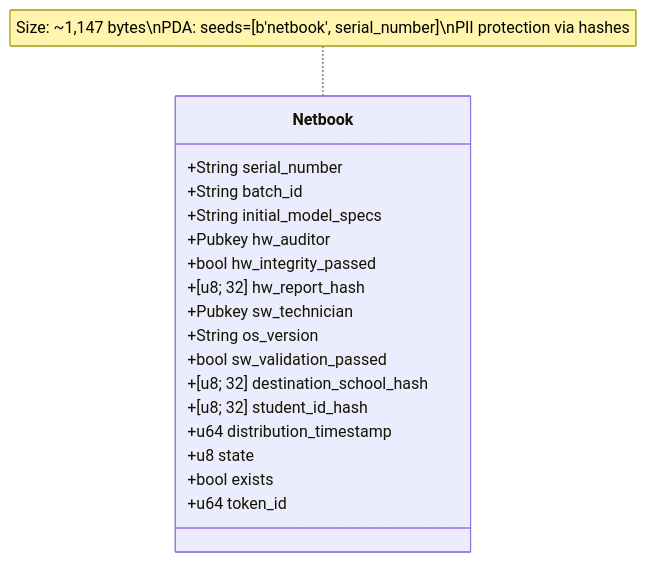
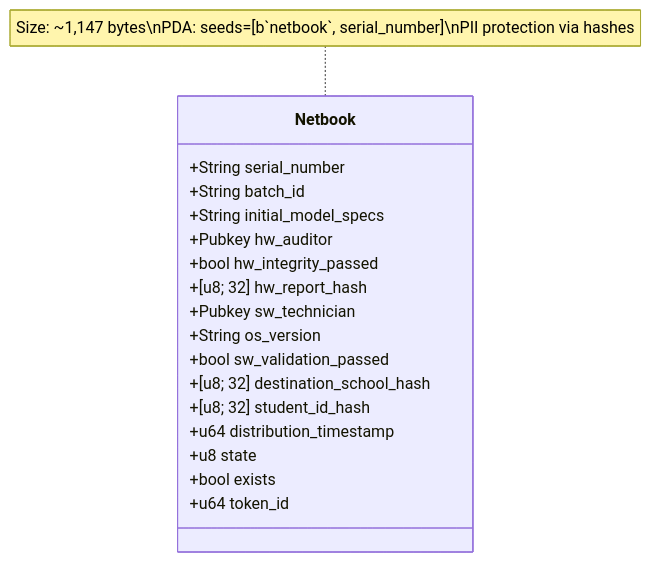
Before and after one commit to 87maxi/SupplyChainTracker-solana-: the seventh of 18 diagrams in README.md, drawn with Mermaid. The commit also changed other lines of this file, not shown here.

First line of the commit message:
fix: repair Mermaid diagram parse errors in README.md

````diff
--- a/README.md
+++ b/README.md
@@ -215,22 +215,22 @@
 ```mermaid
 classDiagram
     class Netbook {
         +String serial_number
         +String batch_id
         +String initial_model_specs
         +Pubkey hw_auditor
         +bool hw_integrity_passed
         +[u8; 32] hw_report_hash
         +Pubkey sw_technician
         +String os_version
         +bool sw_validation_passed
         +[u8; 32] destination_school_hash
         +[u8; 32] student_id_hash
         +u64 distribution_timestamp
         +u8 state
         +bool exists
         +u64 token_id
     }
 
-    note for Netbook "Size: ~1,147 bytes\nPDA: seeds=[b'netbook', serial_number]\nPII protection via hashes"
+    note for Netbook "Size: ~1,147 bytes\nPDA: seeds=[b`netbook`, serial_number]\nPII protection via hashes"
 ```
````
